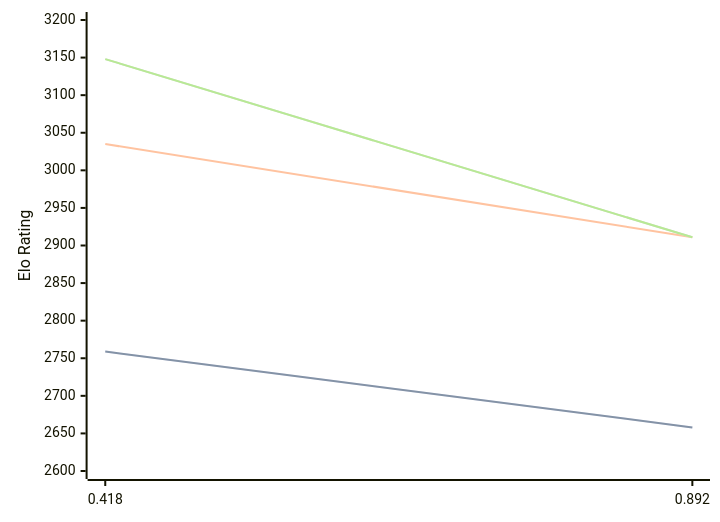
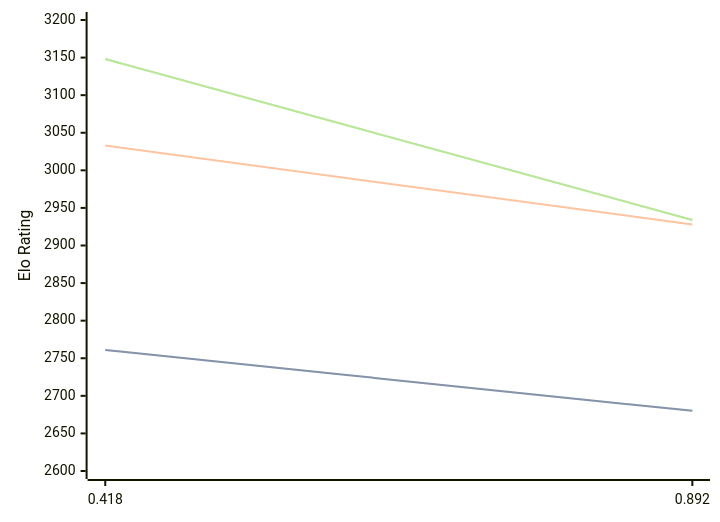
Before and after one commit to computer-chess-index/cci: the diagram in engines/Malika.md, drawn with Mermaid. The commit also changed other lines of this file, not shown here.

Commit message:
Update CCI Ratings (ELO VLTC) - 2026-02-27

````diff
--- a/engines/Malika.md
+++ b/engines/Malika.md
@@ -30,11 +30,11 @@
 ```mermaid
 %%{init: {"theme":"base","themeVariables":{"seriesColors:['#a3a3a3','#222221','#faa371']}}}%%
 xychart-beta
   x-axis ["0.418", "0.892"]
   y-axis "Elo Rating" 2600 --> 3200
-  line "STC (8.0+0.08s)" [2759, 2658]
-  line "STC (8.0+0.08s)" [2759, 2658]
-  line "LTC (60.0+0.60s)" [3035, 2911]
-  line "VLTC (2m24s+1.12s)" [3148, 2911]
-  line "VLTC (2m24s+1.12s)" [3148, 2911]
+  line "STC (8.0+0.08s)" [2761, 2680]
+  line "STC (8.0+0.08s)" [2761, 2680]
+  line "LTC (60.0+0.60s)" [3033, 2928]
+  line "VLTC (2m24s+1.12s)" [3148, 2934]
+  line "VLTC (2m24s+1.12s)" [3148, 2934]
 ```
````
